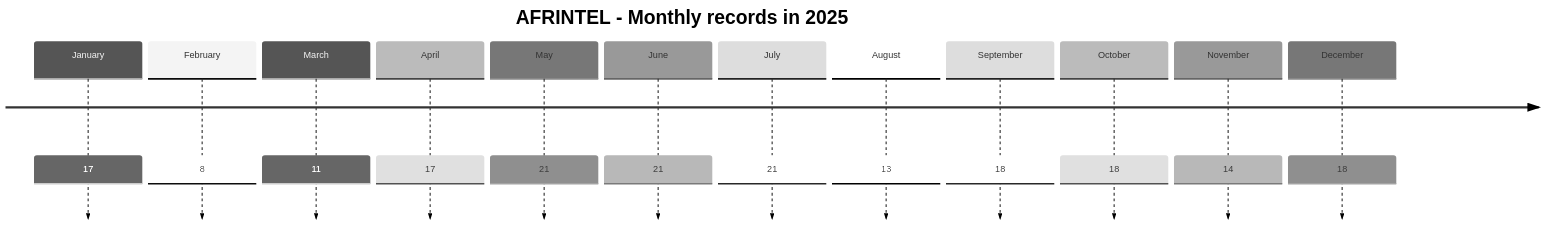
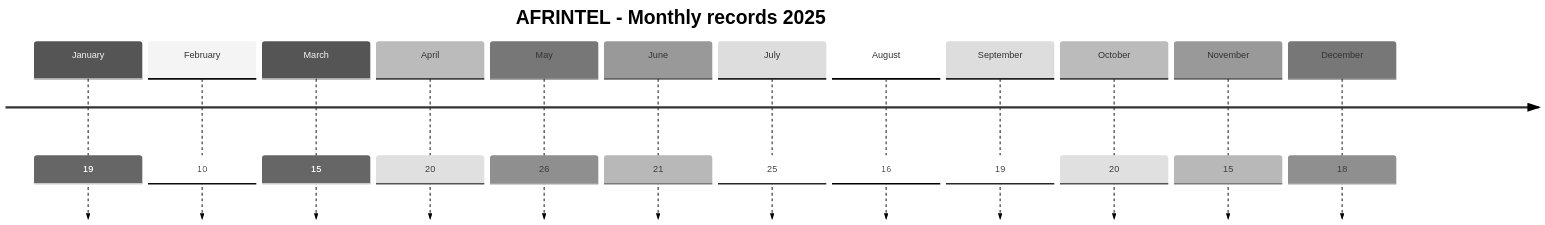
One commit to Hatchepsoute/AFRINTEL changed the first of 2 diagrams in CyberAttackAfrica/2025/README.md. Above: the diagram before and after it, drawn with Mermaid (neutral theme). The commit also changed other lines of this file and 73 other files, not shown here.

````diff
--- a/CyberAttackAfrica/2025/README.md
+++ b/CyberAttackAfrica/2025/README.md
@@ -144,16 +159,16 @@
 ```mermaid
 timeline
-    title AFRINTEL - Monthly records in 2025
-    January : 17
-    February : 8
-    March : 11
-    April : 17
-    May : 21
+    title AFRINTEL - Monthly records 2025
+    January : 19
+    February : 10
+    March : 15
+    April : 20
+    May : 26
     June : 21
-    July : 21
-    August : 13
-    September : 18
-    October : 18
-    November : 14
+    July : 25
+    August : 16
+    September : 19
+    October : 20
+    November : 15
     December : 18
 ```
````
